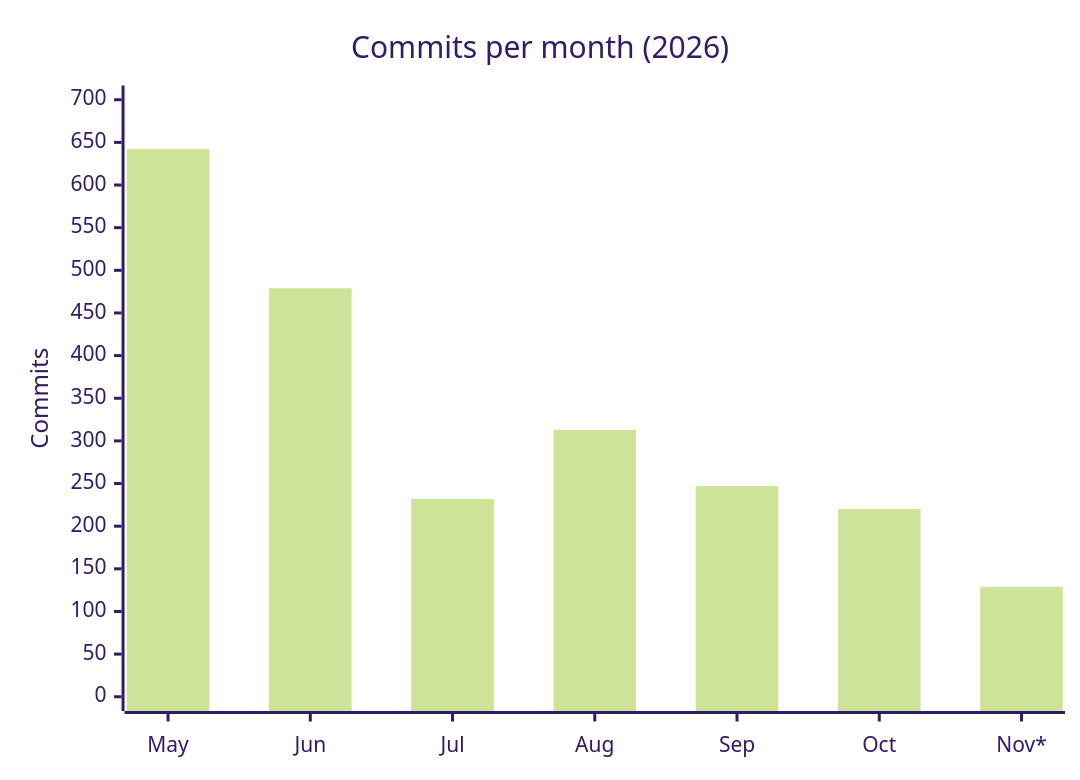
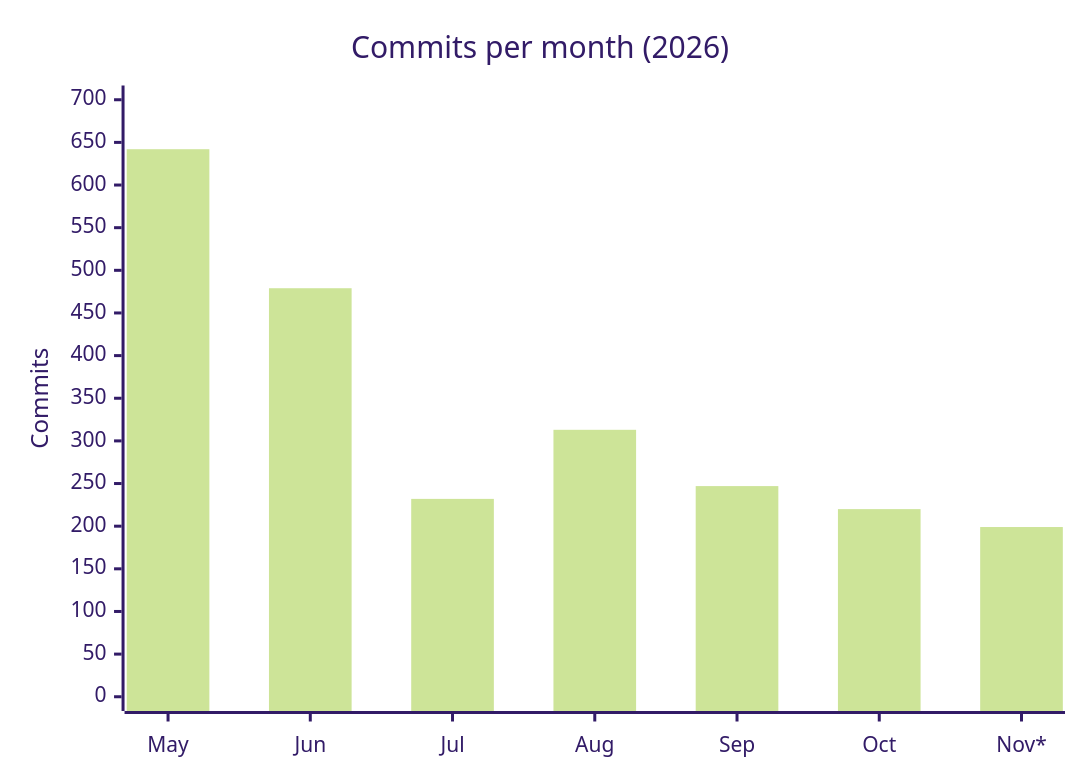
One commit to mfittko/dev-loops changed the tenth of 12 diagrams in docs/atlas/13-numbers.md. Above: the diagram before and after it, drawn with Mermaid (forest theme). The commit also changed other lines of this file, not shown here.

````diff
--- a/docs/atlas/13-numbers.md
+++ b/docs/atlas/13-numbers.md
@@ -184,7 +184,7 @@
 ```mermaid
 xychart-beta
   title "Commits per month (2026)"
   x-axis ["May", "Jun", "Jul", "Aug", "Sep", "Oct", "Nov*"]
   y-axis "Commits" 0 --> 700
-  bar [642, 479, 232, 313, 247, 220, 129]
+  bar [642, 479, 232, 313, 247, 220, 199]
 ```
````
